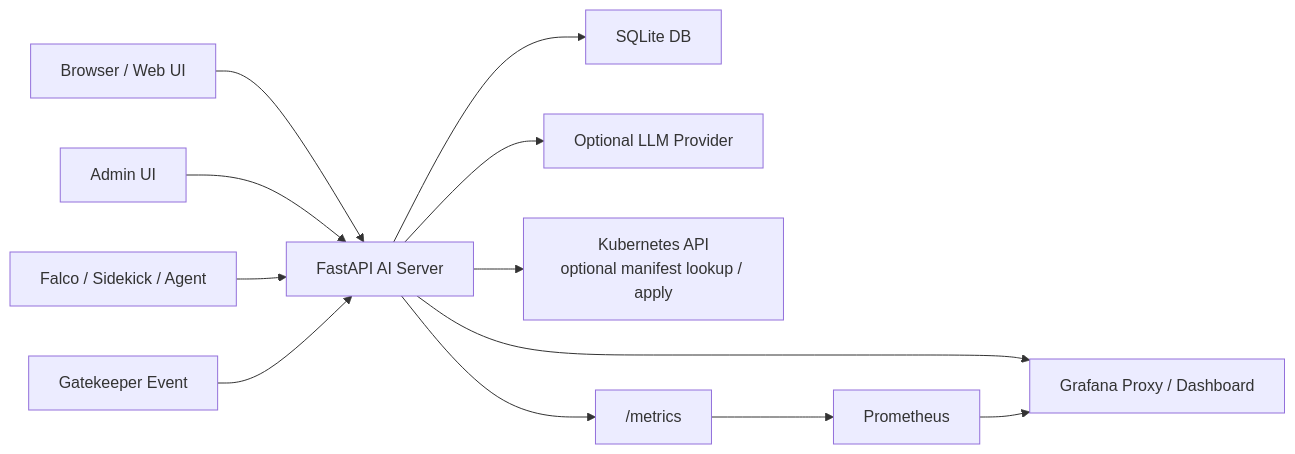
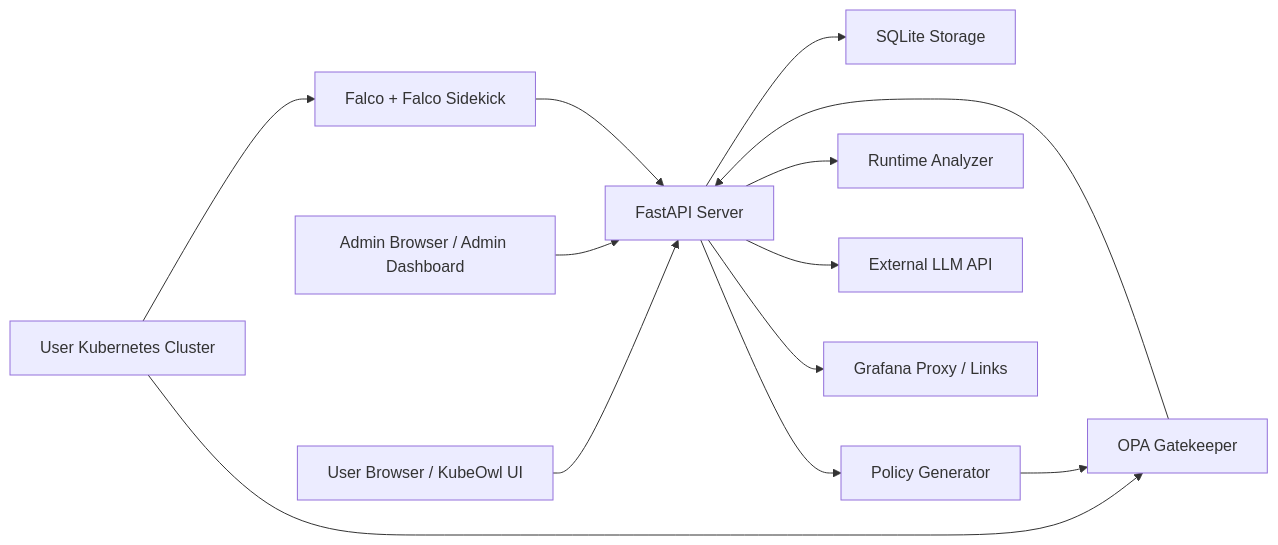
Before and after one commit to leah-1ee/k8s-compliance-platform: the first of 2 diagrams in ai-observability/docs/project-architecture-defense.md, drawn with Mermaid. The commit also changed other lines of this file and 4 other files, not shown here.

````diff
--- a/ai-observability/docs/project-architecture-defense.md
+++ b/ai-observability/docs/project-architecture-defense.md
@@ -181,17 +88,15 @@
 ```mermaid
 flowchart LR
-    Browser["Browser / Web UI"] --> FastAPI["FastAPI AI Server"]
-    Admin["Admin UI"] --> FastAPI
-
-    FastAPI --> SQLite["SQLite DB"]
-    FastAPI --> LLM["Optional LLM Provider"]
-    FastAPI --> Grafana["Grafana Proxy / Dashboard"]
-    FastAPI --> KubeAPI["Kubernetes API\noptional manifest lookup / apply"]
-
-    Falco["Falco / Sidekick / Agent"] --> FastAPI
-    Gatekeeper["Gatekeeper Event"] --> FastAPI
-
-    FastAPI --> Metrics["/metrics"]
-    Metrics --> Prometheus["Prometheus"]
-    Prometheus --> Grafana
+    User["User Browser / KubeOwl UI"] --> FastAPI["FastAPI Server"]
+    Admin["Admin Browser / Admin Dashboard"] --> FastAPI
+    FastAPI --> SQLite["SQLite Storage"]
+    FastAPI --> PolicyGen["Policy Generator"]
+    FastAPI --> Analyzer["Runtime Analyzer"]
+    FastAPI --> LLM["External LLM API"]
+    FastAPI --> Grafana["Grafana Proxy / Links"]
+    Cluster["User Kubernetes Cluster"] --> Gatekeeper["OPA Gatekeeper"]
+    Cluster --> Falco["Falco + Falco Sidekick"]
+    Gatekeeper --> FastAPI
+    Falco --> FastAPI
+    PolicyGen --> Gatekeeper
 ```
````
